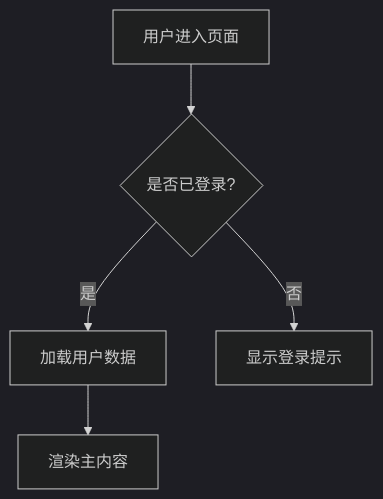
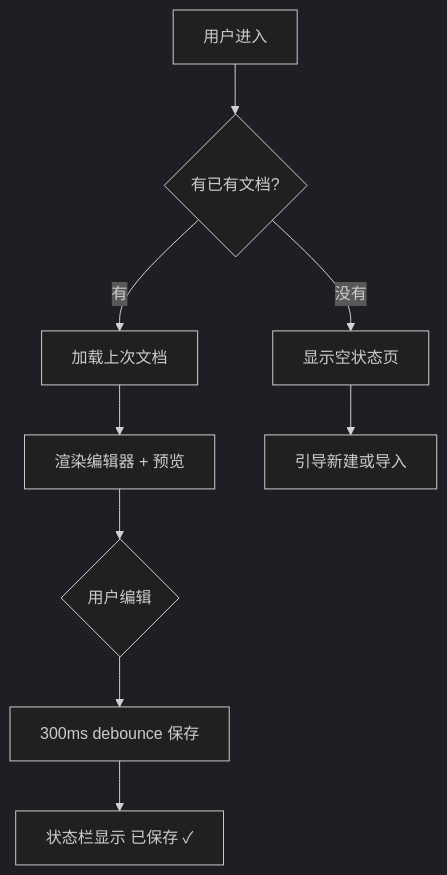
The diagram in references/ui-specification.md (XOpenWorld/XOpen-Mdoc-Factory), drawn with Mermaid (dark theme) before and after one commit. The commit also changed other lines of this file and 18 other files, not shown here.

````diff
--- a/references/ui-specification.md
+++ b/references/ui-specification.md
@@ -51,7 +67,11 @@
 ```mermaid
 flowchart TD
-    A[用户进入页面] --> B{是否已登录?}
-    B -->|是| C[加载用户数据]
-    B -->|否| D[显示登录提示]
-    C --> E[渲染主内容]
+    A[用户进入] --> B{有已有文档?}
+    B -->|有| C[加载上次文档]
+    B -->|没有| D[显示空状态页]
+    C --> E[渲染编辑器 + 预览]
+    D --> F[引导新建或导入]
+    E --> G{用户编辑}
+    G --> H[300ms debounce 保存]
+    H --> I[状态栏显示 已保存 ✓]
 ```
````
